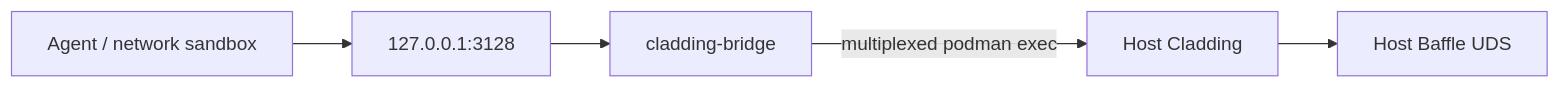
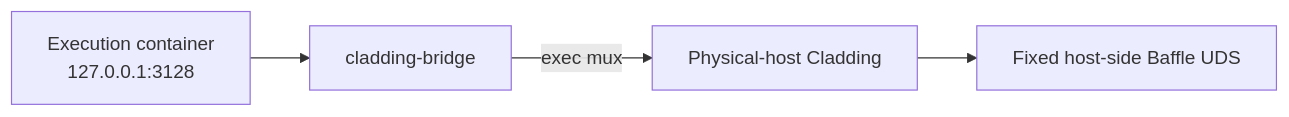
One commit to dstoc/cladding changed the third of 9 diagrams in docs/features/cladding-bridge/proposal.md. Above: the diagram before and after it, drawn with Mermaid. The commit also changed other lines of this file and 3 other files, not shown here.

First line of the commit message:
docs: align bridge and inject architecture (#111)

````diff
--- a/docs/features/cladding-bridge/proposal.md
+++ b/docs/features/cladding-bridge/proposal.md
@@ -72,7 +53,6 @@
 ```mermaid
 flowchart LR
-    Consumer["Agent / network sandbox"] --> Listener["127.0.0.1:3128"]
-    Listener --> Bridge["cladding-bridge"]
-    Bridge -->|"multiplexed podman exec"| Host["Host Cladding"]
-    Host --> Baffle["Host Baffle UDS"]
+    App["Execution container<br/>127.0.0.1:3128"] --> Bridge["cladding-bridge"]
+    Bridge -->|"exec mux"| Host["Physical-host Cladding"]
+    Host --> Baffle["Fixed host-side Baffle UDS"]
 ```
````
